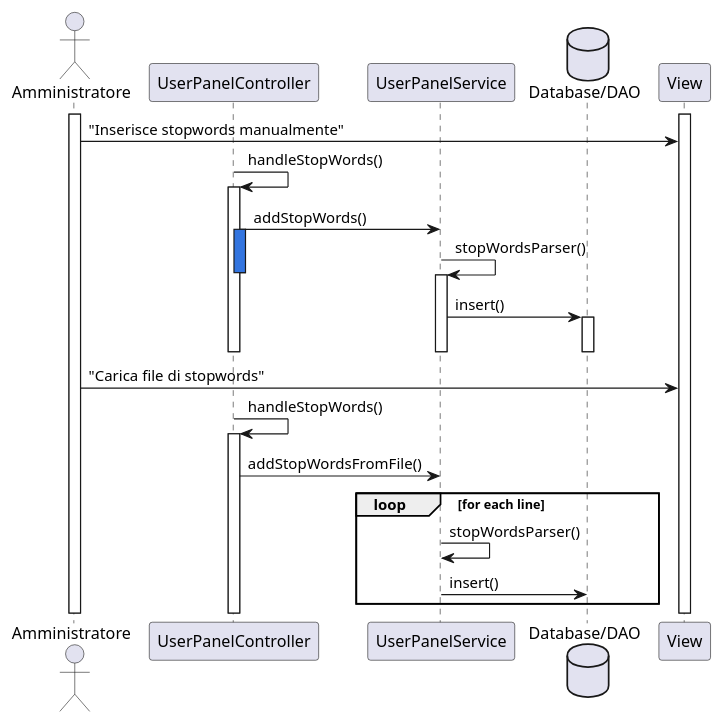
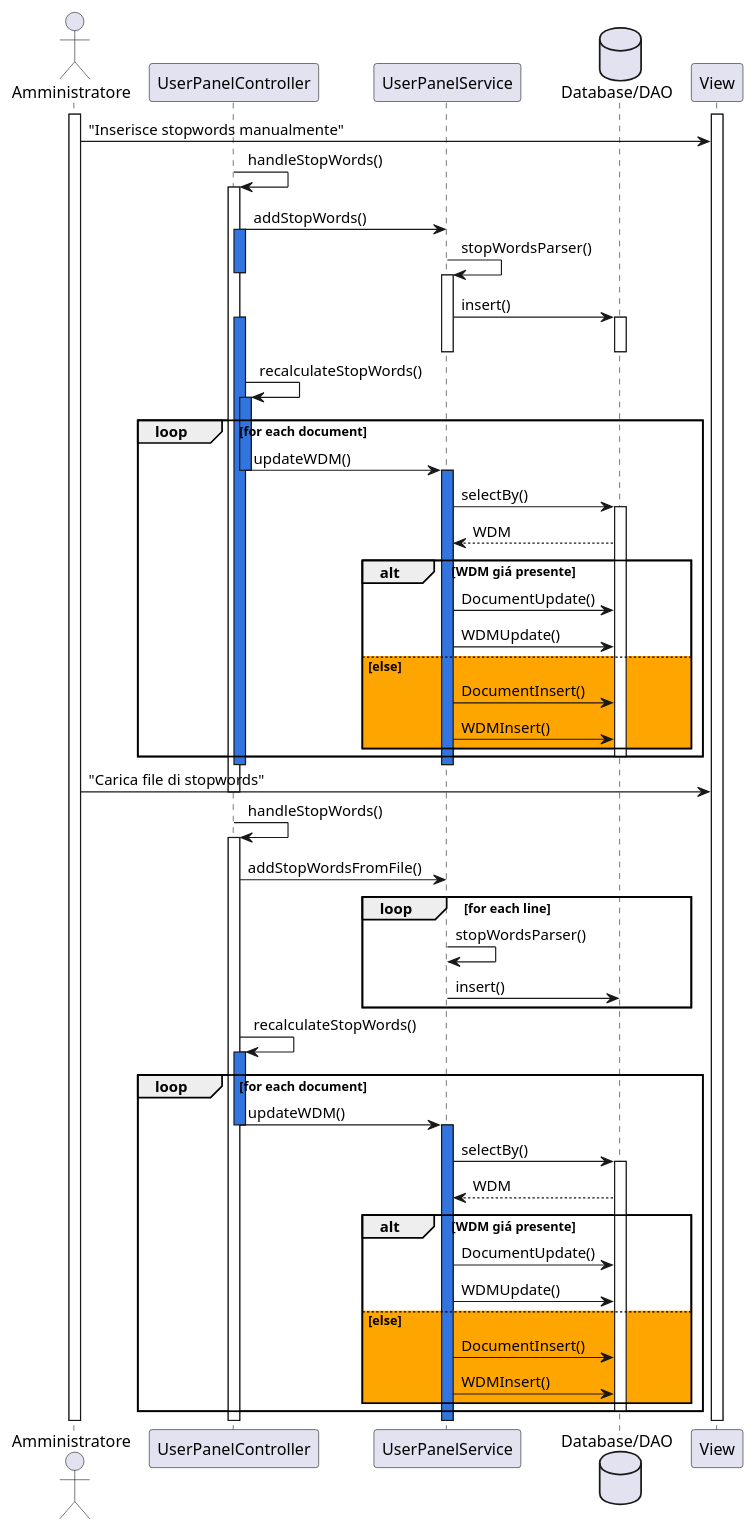
Before and after one commit to Bg735/Wordageddon-Gruppo_16: the diagram in docs/UML/DiagrammiSequenza/upload_stopWords.puml, drawn with PlantUML. The commit also changed 15 other files, not shown here.

```diff
--- a/docs/UML/DiagrammiSequenza/upload_stopWords.puml
+++ b/docs/UML/DiagrammiSequenza/upload_stopWords.puml
@@ -1,37 +1,80 @@
 @startuml
 actor Amministratore
 participant UserPanelController
 participant UserPanelService
 database "Database/DAO" as DB
 participant View
 
 activate Amministratore
 activate View
 Amministratore -> View : "Inserisce stopwords manualmente"
 UserPanelController -> UserPanelController : handleStopWords()
 activate UserPanelController
 
 UserPanelController -> UserPanelService :addStopWords()
 activate UserPanelController #3375E0
 
 UserPanelService -> UserPanelService : stopWordsParser()
 
 
 deactivate UserPanelController
 activate UserPanelService
 UserPanelService -> DB : insert()
-
 activate DB
+deactivate DB
 
 deactivate UserPanelService
+    activate UserPanelController #3375E0
+    UserPanelController -> UserPanelController : recalculateStopWords()
+    loop for each document
+    activate UserPanelController #3375E0
+    UserPanelController -> UserPanelService : updateWDM()
+    deactivate UserPanelController
+    activate UserPanelService #3375E0
+    UserPanelService -> DB : selectBy()
+    activate DB
+    DB --> UserPanelService : WDM
+
+    alt WDM giá presente
+    UserPanelService -> DB : DocumentUpdate()
+    UserPanelService -> DB : WDMUpdate()
+    else #orange else
+        UserPanelService -> DB : DocumentInsert()
+        UserPanelService -> DB : WDMInsert()
+    end
+    deactivate DB
+end
+deactivate DB
 deactivate UserPanelController
-deactivate DB
+deactivate UserPanelService
 Amministratore -> View : "Carica file di stopwords"
+deactivate UserPanelController
+
 UserPanelController -> UserPanelController : handleStopWords()
 activate UserPanelController
 UserPanelController -> UserPanelService : addStopWordsFromFile()
 loop for each line
     UserPanelService -> UserPanelService : stopWordsParser()
     UserPanelService -> DB : insert()
 end
+    activate UserPanelController #3375E0
+    UserPanelController -> UserPanelController : recalculateStopWords()
+    loop for each document
+    activate UserPanelController #3375E0
+    UserPanelController -> UserPanelService : updateWDM()
+    deactivate UserPanelController
+    activate UserPanelService #3375E0
+    UserPanelService -> DB : selectBy()
+    activate DB
+    DB --> UserPanelService : WDM
+
+    alt WDM giá presente
+    UserPanelService -> DB : DocumentUpdate()
+    UserPanelService -> DB : WDMUpdate()
+    else #orange else
+        UserPanelService -> DB : DocumentInsert()
+        UserPanelService -> DB : WDMInsert()
+    end
+    deactivate DB
+end
 @enduml
```
